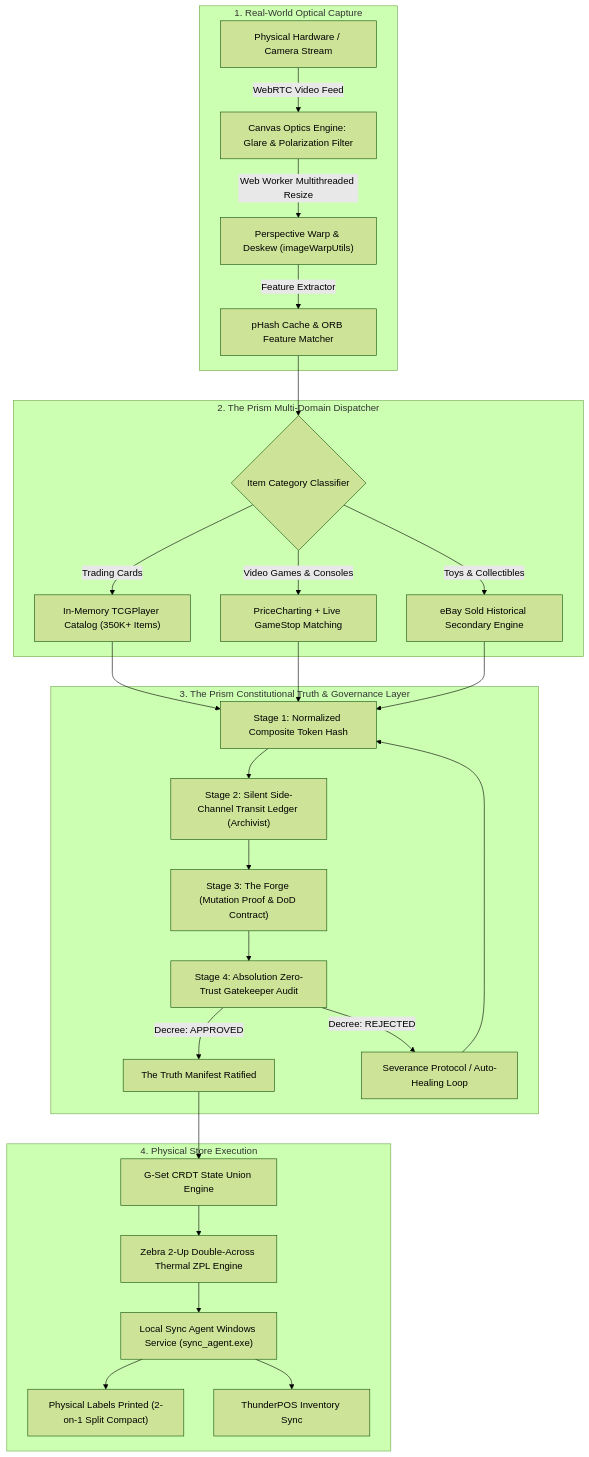
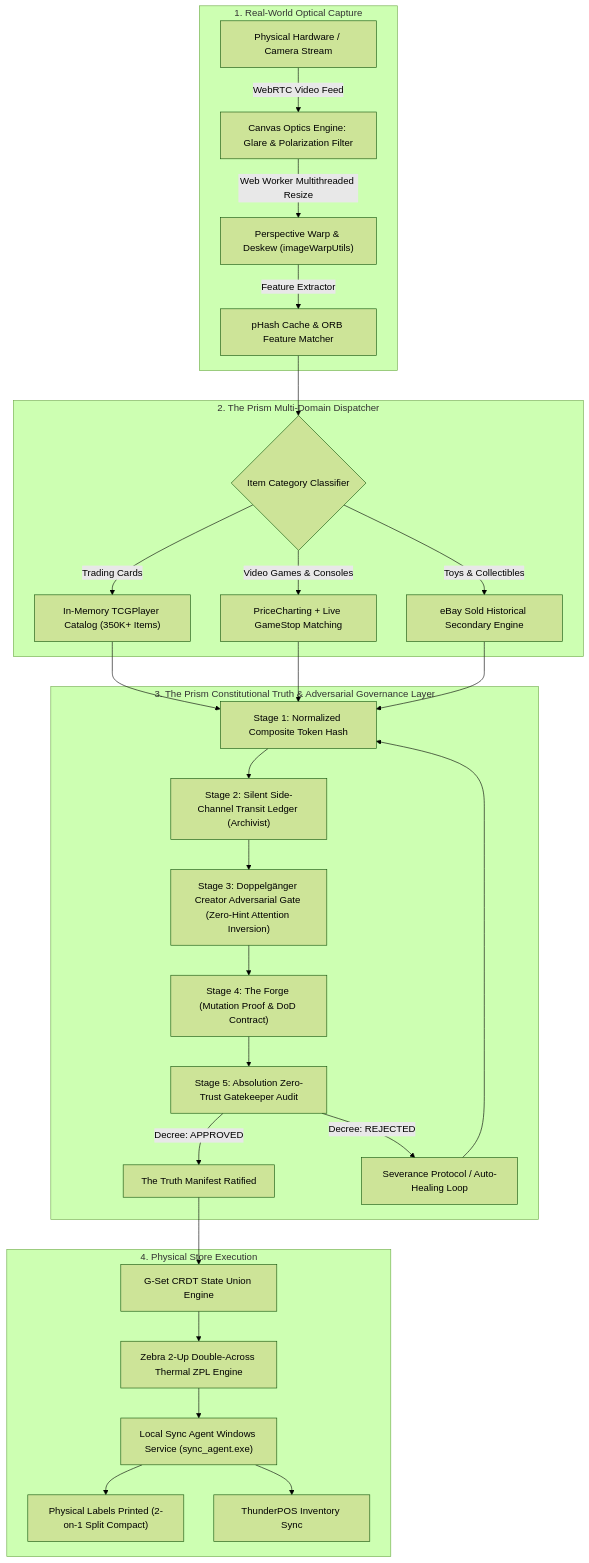
The first of 2 diagrams in README.md (malceoir/the-prism-pipeline), drawn with Mermaid (forest theme) before and after one commit. The commit also changed other lines of this file and 1 other file, not shown here.

Commit message:
feat(governance): add Doppelganger Creator Adversarial Gate and 500-card stress test metrics to portfolio

````diff
--- a/README.md
+++ b/README.md
@@ -24,35 +26,36 @@
 ```mermaid
 graph TD
     subgraph "1. Real-World Optical Capture"
         A["Physical Hardware / Camera Stream"] -->|"WebRTC Video Feed"| B["Canvas Optics Engine: Glare & Polarization Filter"]
         B -->|"Web Worker Multithreaded Resize"| C["Perspective Warp & Deskew (imageWarpUtils)"]
         C -->|"Feature Extractor"| D["pHash Cache & ORB Feature Matcher"]
     end
 
     subgraph "2. The Prism Multi-Domain Dispatcher"
         D --> E{"Item Category Classifier"}
         E -->|"Trading Cards"| F["In-Memory TCGPlayer Catalog (350K+ Items)"]
         E -->|"Video Games & Consoles"| G["PriceCharting + Live GameStop Matching"]
         E -->|"Toys & Collectibles"| H["eBay Sold Historical Secondary Engine"]
     end
 
-    subgraph "3. The Prism Constitutional Truth & Governance Layer"
+    subgraph "3. The Prism Constitutional Truth & Adversarial Governance Layer"
         F --> I["Stage 1: Normalized Composite Token Hash"]
         G --> I
         H --> I
         I --> J["Stage 2: Silent Side-Channel Transit Ledger (Archivist)"]
-        J --> K["Stage 3: The Forge (Mutation Proof & DoD Contract)"]
-        K --> L["Stage 4: Absolution Zero-Trust Gatekeeper Audit"]
-        L -->|"Decree: APPROVED"| M["The Truth Manifest Ratified"]
-        L -->|"Decree: REJECTED"| N["Severance Protocol / Auto-Healing Loop"]
-        N --> I
+        J --> K["Stage 3: Doppelgänger Creator Adversarial Gate (Zero-Hint Attention Inversion)"]
+        K --> L["Stage 4: The Forge (Mutation Proof & DoD Contract)"]
+        L --> M["Stage 5: Absolution Zero-Trust Gatekeeper Audit"]
+        M -->|"Decree: APPROVED"| N["The Truth Manifest Ratified"]
+        M -->|"Decree: REJECTED"| O["Severance Protocol / Auto-Healing Loop"]
+        O --> I
     end
 
     subgraph "4. Physical Store Execution"
-        M --> O["G-Set CRDT State Union Engine"]
-        O --> P["Zebra 2-Up Double-Across Thermal ZPL Engine"]
-        P --> Q["Local Sync Agent Windows Service (sync_agent.exe)"]
-        Q --> R["Physical Labels Printed (2-on-1 Split Compact)"]
-        Q --> S["ThunderPOS Inventory Sync"]
+        N --> P["G-Set CRDT State Union Engine"]
+        P --> Q["Zebra 2-Up Double-Across Thermal ZPL Engine"]
+        Q --> R["Local Sync Agent Windows Service (sync_agent.exe)"]
+        R --> S["Physical Labels Printed (2-on-1 Split Compact)"]
+        R --> T["ThunderPOS Inventory Sync"]
     end
 ```
````
